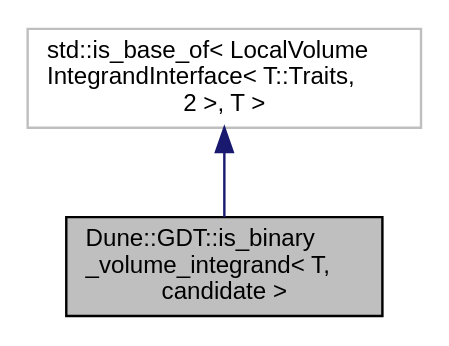
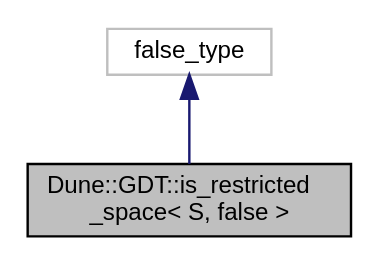
One commit to dune-community/dune-community.github.io changed the diagram in docs/dune-gdt/''/a03175.dot. Above: the diagram before and after it, drawn with Graphviz. The commit also changed 2647 other files, not shown here.

Commit message:
Updated documentation for dune-gdt ''

```diff
--- a/docs/dune-gdt/''/a03175.dot
+++ b/docs/dune-gdt/''/a03175.dot
@@ -1,8 +1,8 @@
-digraph "Dune::GDT::is_binary_volume_integrand&lt; T, candidate &gt;"
+digraph "Dune::GDT::is_restricted_space&lt; S, false &gt;"
 {
   edge [fontname="Helvetica",fontsize="10",labelfontname="Helvetica",labelfontsize="10"];
   node [fontname="Helvetica",fontsize="10",shape=record];
-  Node0 [label="Dune::GDT::is_binary\l_volume_integrand\< T,\l candidate \>",height=0.2,width=0.4,color="black", fillcolor="grey75", style="filled", fontcolor="black"];
+  Node0 [label="Dune::GDT::is_restricted\l_space\< S, false \>",height=0.2,width=0.4,color="black", fillcolor="grey75", style="filled", fontcolor="black"];
   Node1 -> Node0 [dir="back",color="midnightblue",fontsize="10",style="solid",fontname="Helvetica"];
-  Node1 [label="std::is_base_of\< LocalVolume\lIntegrandInterface\< T::Traits,\l 2 \>, T \>",height=0.2,width=0.4,color="grey75", fillcolor="white", style="filled"];
+  Node1 [label="false_type",height=0.2,width=0.4,color="grey75", fillcolor="white", style="filled"];
 }
```
